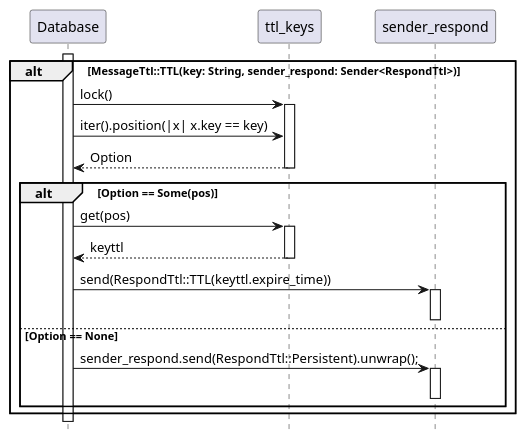
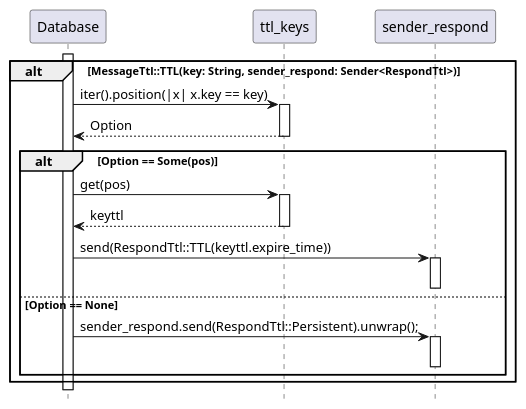
The diagram in src/Diagramas/ttl_case.puml (taller-1-fiuba-rust/21C1-OxidadosFC), drawn with PlantUML before and after one commit. The commit also changed 2 other files, not shown here.

Commit message:
diagrams updated

```diff
--- a/src/Diagramas/ttl_case.puml
+++ b/src/Diagramas/ttl_case.puml
@@ -1,20 +1,19 @@
 @startuml ttl case
 hide footbox
 
 activate Database
 alt MessageTtl::TTL(key: String, sender_respond: Sender<RespondTtl>)
-    Database -> ttl_keys++: lock()
-    Database -> ttl_keys: iter().position(|x| x.key == key)
+    Database -> ttl_keys++: iter().position(|x| x.key == key)
     return Option
 
     alt Option == Some(pos)
         Database -> ttl_keys ++: get(pos)
         return keyttl
         Database -> sender_respond ++: send(RespondTtl::TTL(keyttl.expire_time))
         deactivate sender_respond
     else Option == None
         Database -> sender_respond ++: sender_respond.send(RespondTtl::Persistent).unwrap();
         deactivate sender_respond
     end
 end
 @enduml
```
